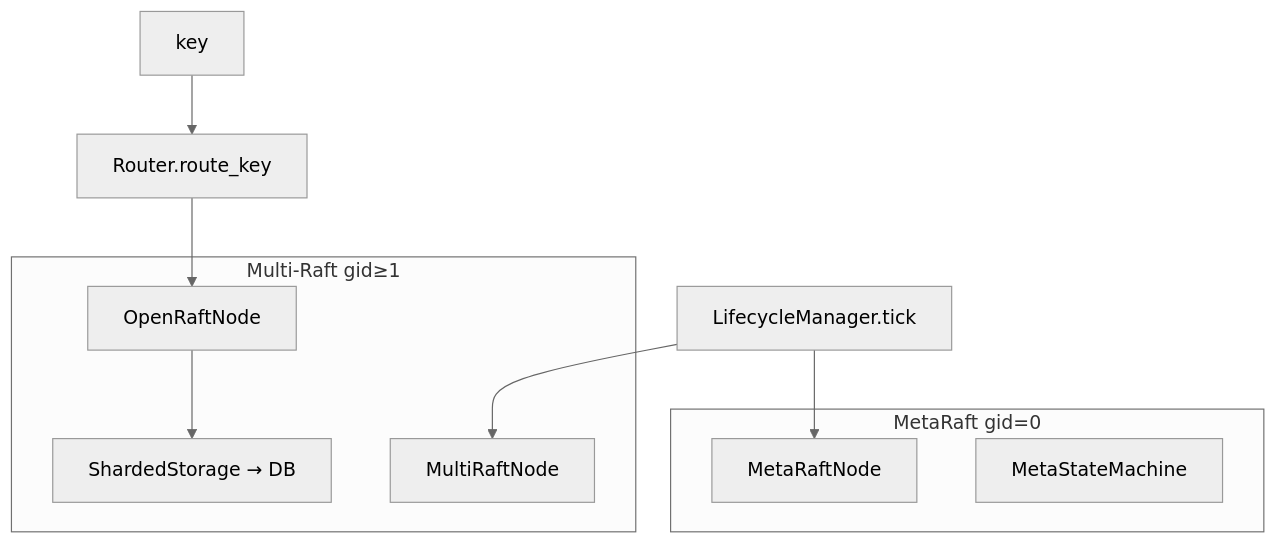
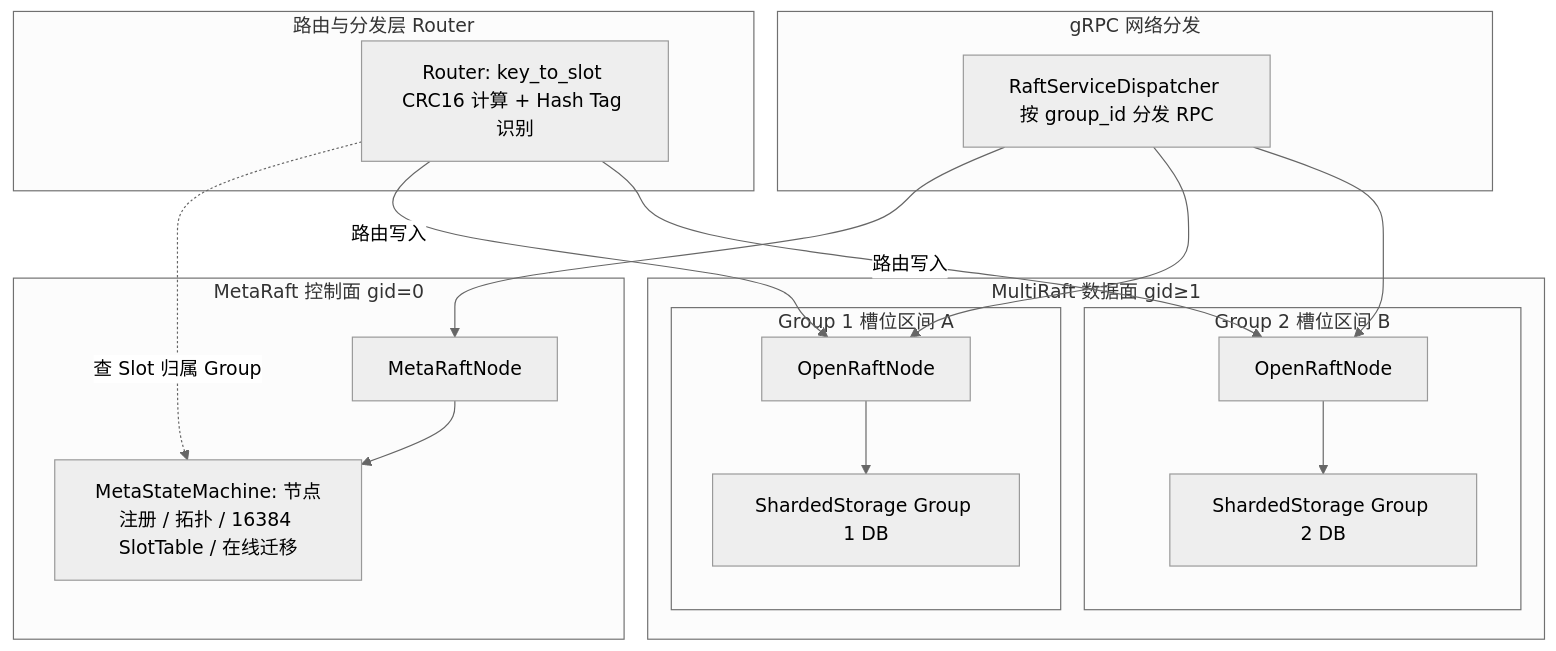
The sixth of 8 diagrams in ARCHITECTURE.md (Genuineh/AiDb), drawn with Mermaid (neutral theme) before and after one commit. The commit also changed other lines of this file and 248 other files, not shown here.

````diff
--- a/ARCHITECTURE.md
+++ b/ARCHITECTURE.md
@@ -140,17 +177,36 @@
 ```mermaid
 flowchart TB
-  subgraph meta [MetaRaft gid=0]
-    MR[MetaRaftNode]
-    MSM[MetaStateMachine]
-  end
-  subgraph data [Multi-Raft gid≥1]
-    MRN[MultiRaftNode]
-    ORN[OpenRaftNode]
-    SS[ShardedStorage → DB]
-  end
-  LM[LifecycleManager.tick] --> MR
-  LM --> MRN
-  K[key] --> R[Router.route_key]
-  R --> ORN
-  ORN --> SS
+    subgraph MetaPlane [MetaRaft 控制面 gid=0]
+        MR[MetaRaftNode]
+        MSM[MetaStateMachine: 节点注册 / 拓扑 / 16384 SlotTable / 在线迁移]
+        MR --> MSM
+    end
+
+    subgraph RouterLayer [路由与分发层 Router]
+        RT[Router: key_to_slot CRC16 计算 + Hash Tag 识别]
+    end
+
+    subgraph DataPlane [MultiRaft 数据面 gid≥1]
+        subgraph Group1 [Group 1 槽位区间 A]
+            ORN1[OpenRaftNode]
+            DB1[ShardedStorage Group 1 DB]
+            ORN1 --> DB1
+        end
+        subgraph Group2 [Group 2 槽位区间 B]
+            ORN2[OpenRaftNode]
+            DB2[ShardedStorage Group 2 DB]
+            ORN2 --> DB2
+        end
+    end
+
+    subgraph Network [gRPC 网络分发]
+        DISP[RaftServiceDispatcher 按 group_id 分发 RPC]
+    end
+
+    RT -.->|查 Slot 归属 Group| MSM
+    RT -->|路由写入| ORN1
+    RT -->|路由写入| ORN2
+    DISP --> MR
+    DISP --> ORN1
+    DISP --> ORN2
 ```
````
